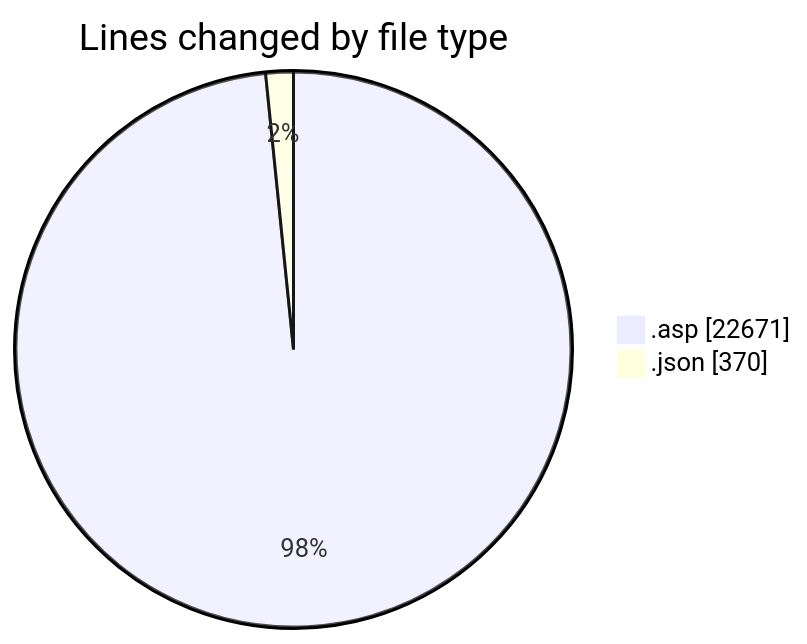
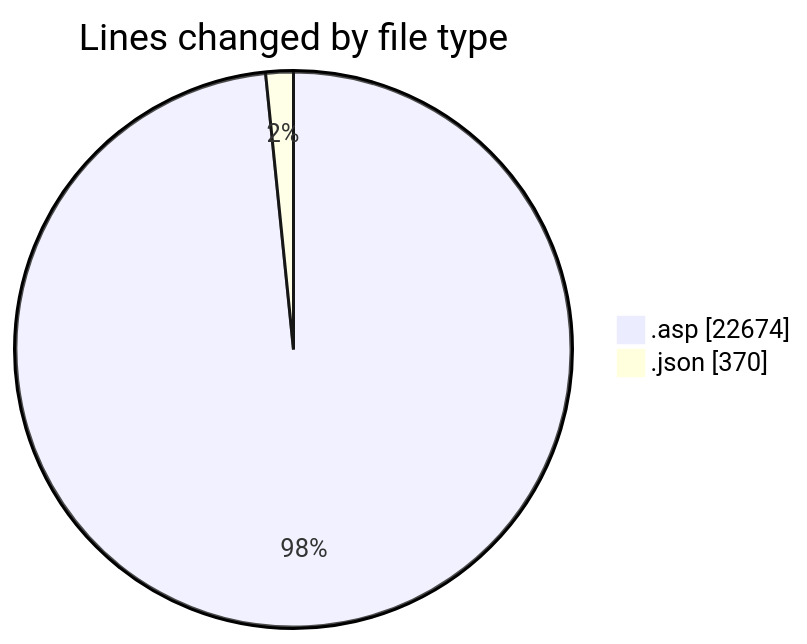
Before and after one commit to julien-gomy/code-tracking: the first of 2 diagrams in 2025-11-01/cdp_aleoudev_fr__workspace_/README.md, drawn with Mermaid. The commit also changed other lines of this file and 1 other file, not shown here.

````diff
--- a/2025-11-01/cdp_aleoudev_fr__workspace_/README.md
+++ b/2025-11-01/cdp_aleoudev_fr__workspace_/README.md
@@ -29,6 +29,6 @@
 ```mermaid
 pie showData
 title Lines changed by file type
-".asp" : 22671
+".asp" : 22674
 ".json" : 370
 ```
````
